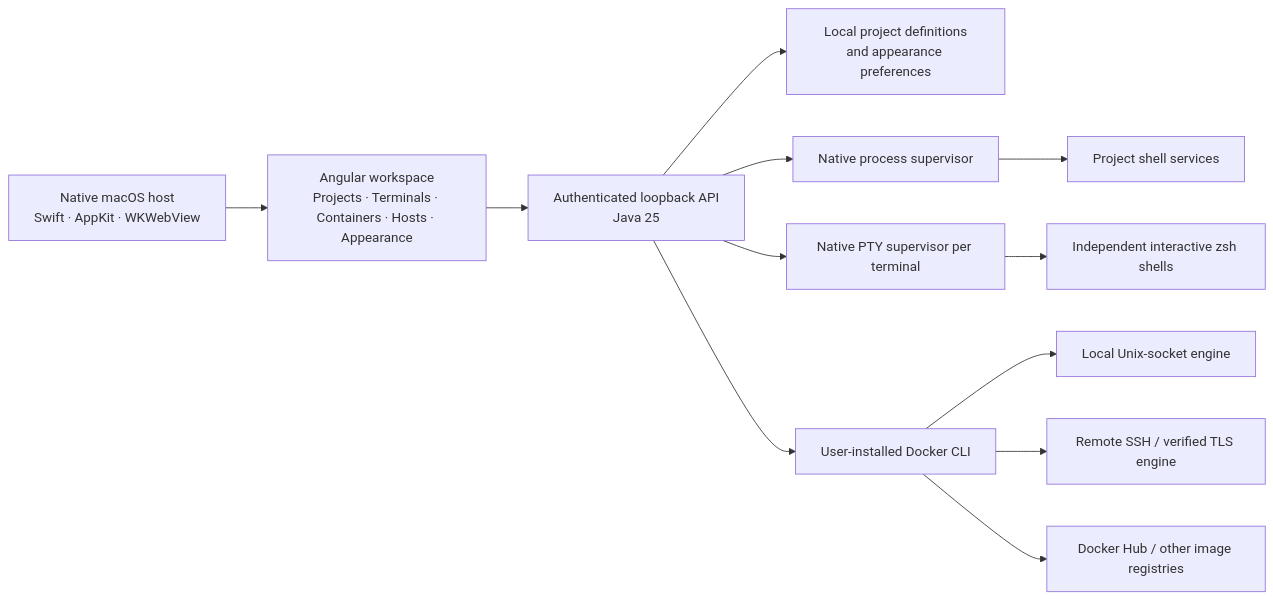
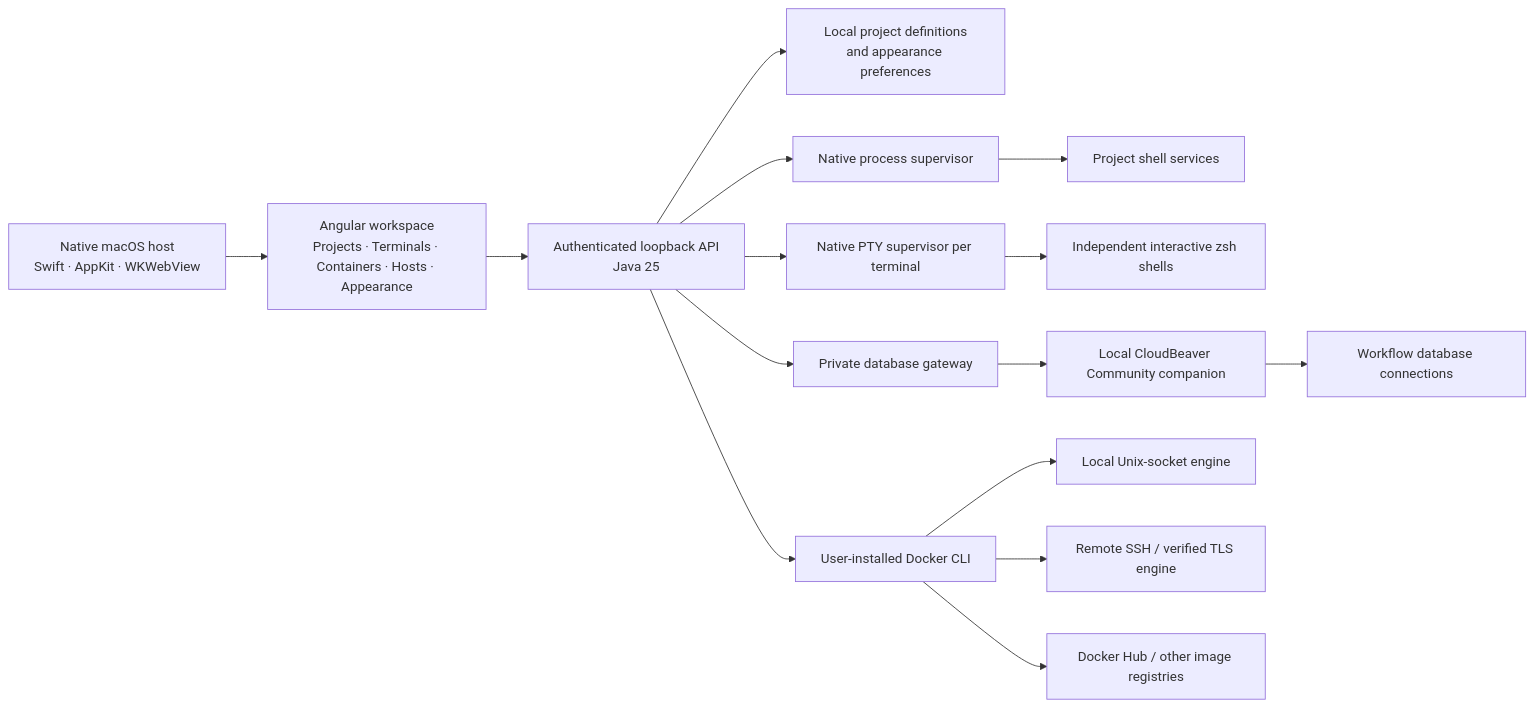
The diagram in README.md (L8TESTPR0JECTS/RuntimeBay), drawn with Mermaid before and after one commit. The commit also changed other lines of this file and 18 other files, not shown here.

Commit message:
feat: embed workflow database browser with CloudBeaver Community

````diff
--- a/README.md
+++ b/README.md
@@ -66,14 +75,17 @@
 ```mermaid
 flowchart LR
   Mac["Native macOS host<br/>Swift · AppKit · WKWebView"] --> UI["Angular workspace<br/>Projects · Terminals · Containers · Hosts · Appearance"]
   UI --> API["Authenticated loopback API<br/>Java 25"]
   API --> Store["Local project definitions<br/>and appearance preferences"]
   API --> Supervisor["Native process supervisor"]
   Supervisor --> Services["Project shell services"]
   API --> PTY["Native PTY supervisor per terminal"]
   PTY --> Shells["Independent interactive zsh shells"]
+  API --> Database["Private database gateway"]
+  Database --> CloudBeaver["Local CloudBeaver Community companion"]
+  CloudBeaver --> DB["Workflow database connections"]
   API --> Docker["User-installed Docker CLI"]
   Docker --> Local["Local Unix-socket engine"]
   Docker --> Remote["Remote SSH / verified TLS engine"]
   Docker --> Registry["Docker Hub / other image registries"]
 ```
````
